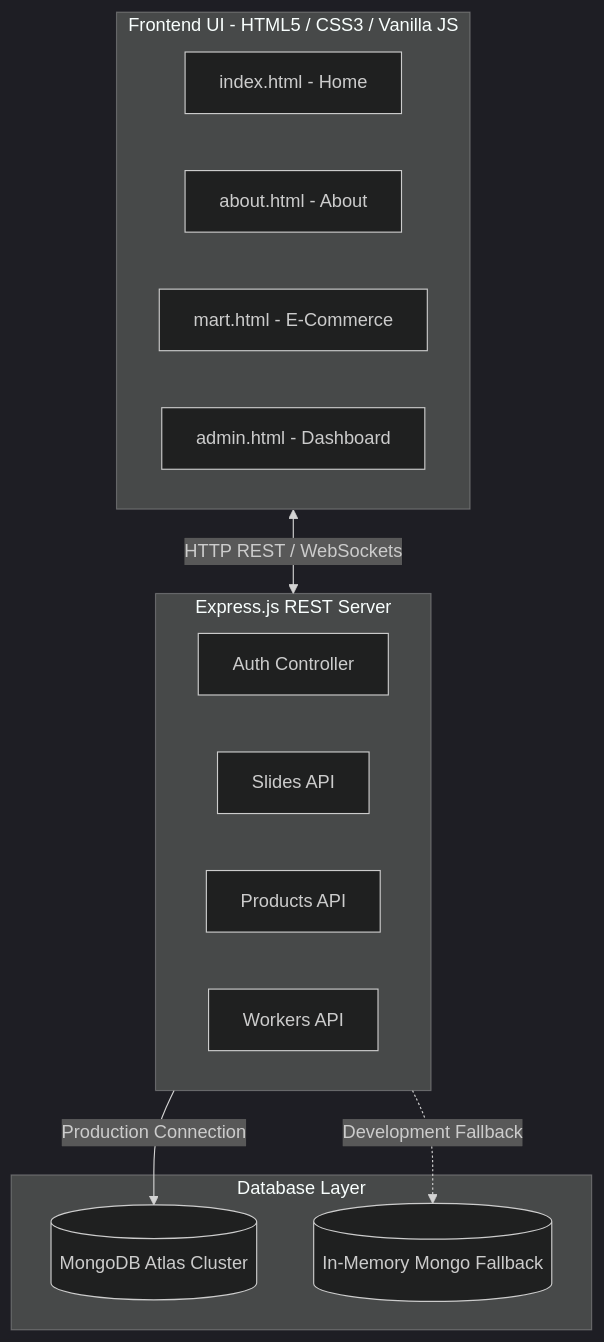
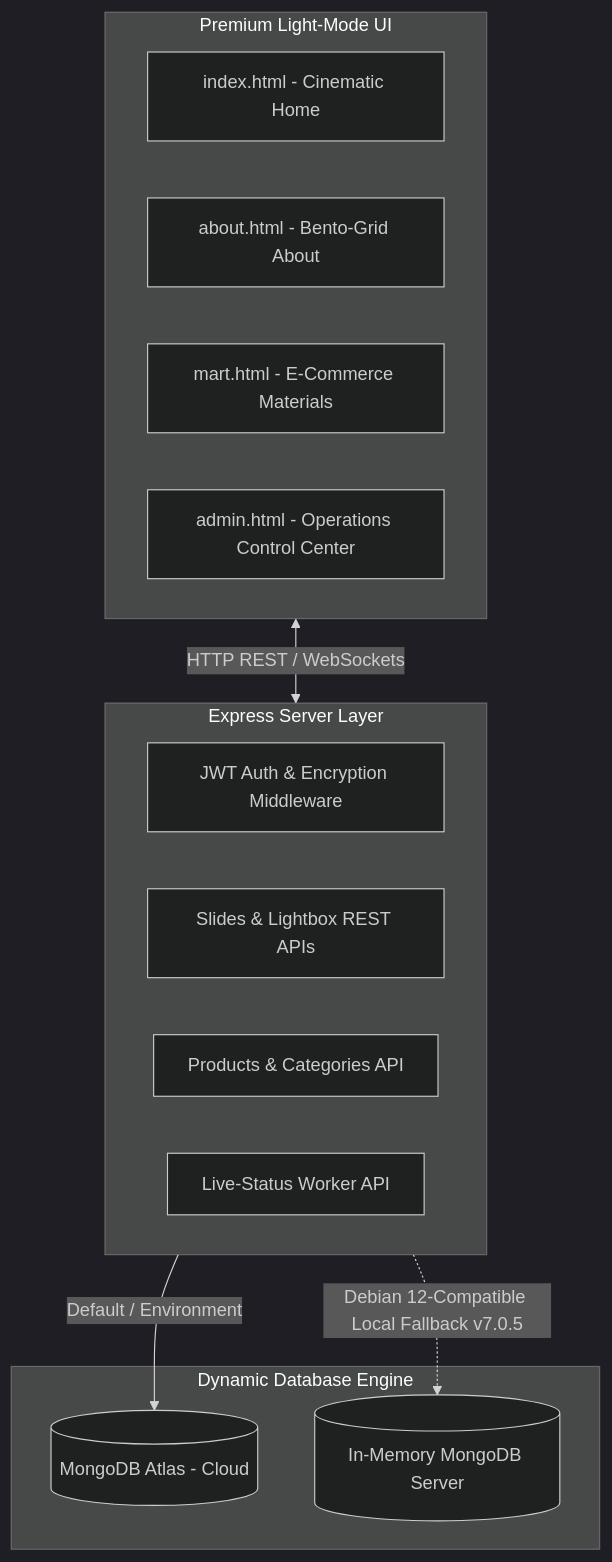
One commit to harsh-raj00/livspaceone changed the diagram in README.md. Above: the diagram before and after it, drawn with Mermaid (dark theme). The commit also changed other lines of this file, not shown here.

````diff
--- a/README.md
+++ b/README.md
@@ -67,25 +66,25 @@
 ```mermaid
 graph TD
-    subgraph Client [Frontend UI - HTML5 / CSS3 / Vanilla JS]
-        index[index.html - Home]
-        about[about.html - About]
-        mart[mart.html - E-Commerce]
-        dashboard[admin.html - Dashboard]
+    subgraph Client-Side [Premium Light-Mode UI]
+        index[index.html - Cinematic Home]
+        about[about.html - Bento-Grid About]
+        mart[mart.html - E-Commerce Materials]
+        admin[admin.html - Operations Control Center]
     end
 
-    subgraph API [Express.js REST Server]
-        auth[Auth Controller]
-        slides[Slides API]
-        products[Products API]
-        workers[Workers API]
+    subgraph REST-API [Express Server Layer]
+        auth[JWT Auth & Encryption Middleware]
+        slides[Slides & Lightbox REST APIs]
+        products[Products & Categories API]
+        workers[Live-Status Worker API]
     end
 
-    subgraph Database [Database Layer]
-        atlas[(MongoDB Atlas Cluster)]
-        memory[(In-Memory Mongo Fallback)]
+    subgraph Persistence [Dynamic Database Engine]
+        atlas[(MongoDB Atlas - Cloud)]
+        memory[(In-Memory MongoDB Server)]
     end
 
-    Client <-->|HTTP REST / WebSockets| API
-    API -->|Production Connection| atlas
-    API -.->|Development Fallback| memory
+    Client-Side <-->|HTTP REST / WebSockets| REST-API
+    REST-API -->|Default / Environment| atlas
+    REST-API -.->|Debian 12-Compatible Local Fallback v7.0.5| memory
 ```
````
